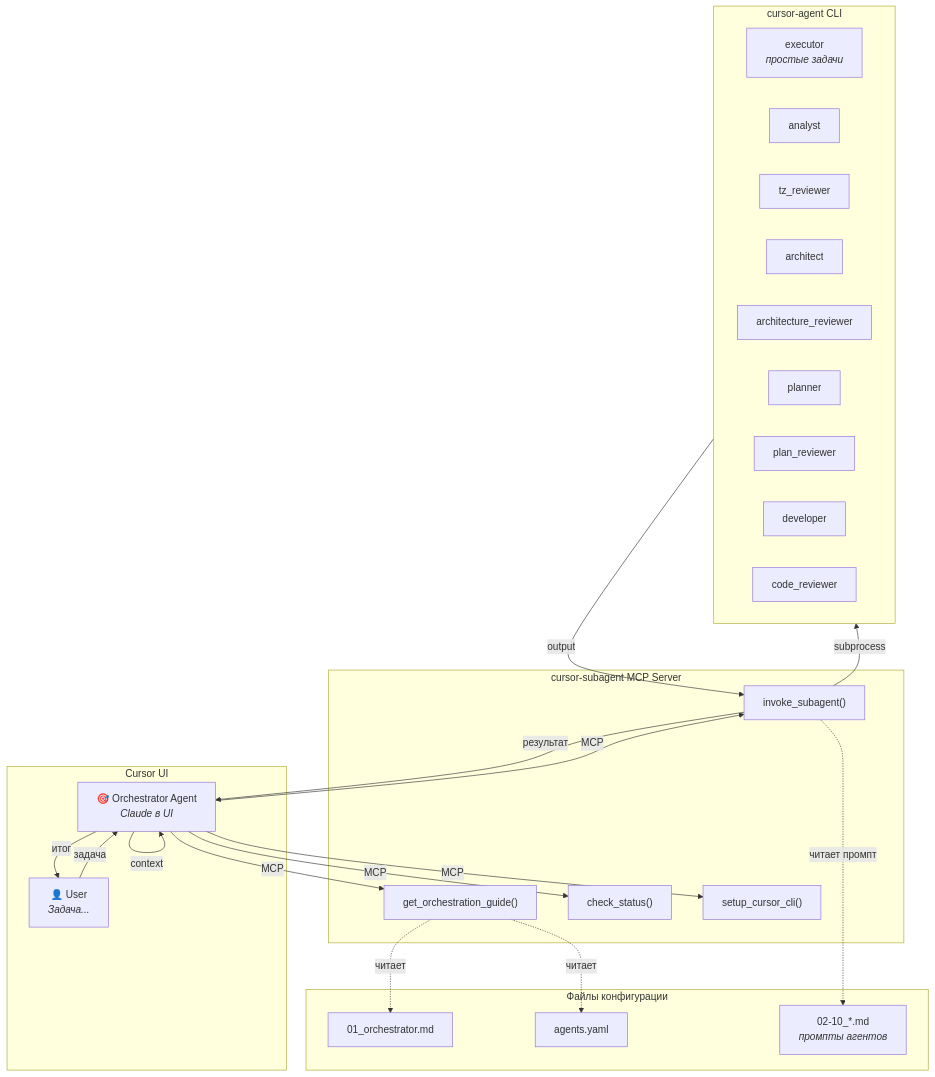
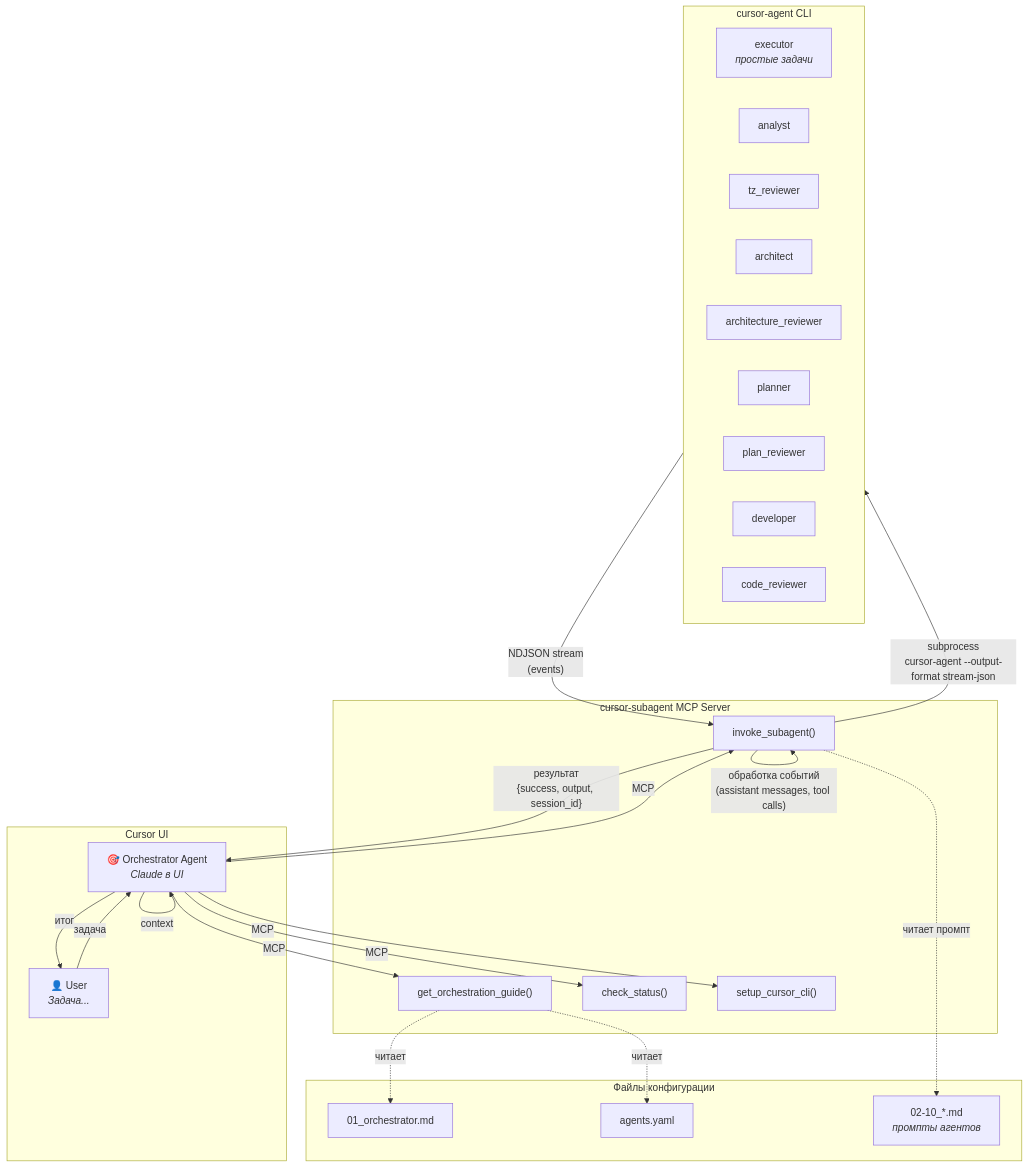
Before and after one commit to madprofessor42/cursor-subagent-mcp: the first of 3 diagrams in README.md, drawn with Mermaid. The commit also changed other lines of this file, not shown here.

````diff
--- a/README.md
+++ b/README.md
@@ -45,50 +45,51 @@
 ```mermaid
 flowchart TB
     subgraph CursorUI ["Cursor UI"]
         User["👤 User<br/><i>Задача...</i>"]
         Orchestrator["🎯 Orchestrator Agent<br/><i>Claude в UI</i>"]
     end
     
     subgraph MCPServer ["cursor-subagent MCP Server"]
         GetGuide["get_orchestration_guide()"]
         InvokeSubagent["invoke_subagent()"]
         CheckStatus["check_status()"]
         SetupCLI["setup_cursor_cli()"]
     end
     
     subgraph Files ["Файлы конфигурации"]
         OrchestratorMD["01_orchestrator.md"]
         AgentsYAML["agents.yaml"]
         PromptFiles["02-10_*.md<br/><i>промпты агентов</i>"]
     end
     
     subgraph CLI ["cursor-agent CLI"]
         Executor["executor<br/><i>простые задачи</i>"]
         Analyst["analyst"]
         TZReviewer["tz_reviewer"]
         Architect["architect"]
         ArchReviewer["architecture_reviewer"]
         Planner["planner"]
         PlanReviewer["plan_reviewer"]
         Developer["developer"]
         CodeReviewer["code_reviewer"]
     end
 
     User -->|"задача"| Orchestrator
     
     Orchestrator -->|"MCP"| GetGuide
     Orchestrator -->|"MCP"| InvokeSubagent
     Orchestrator -->|"MCP"| CheckStatus
     Orchestrator -->|"MCP"| SetupCLI
     
     GetGuide -.->|"читает"| OrchestratorMD
     GetGuide -.->|"читает"| AgentsYAML
     
     InvokeSubagent -.->|"читает промпт"| PromptFiles
-    InvokeSubagent -->|"subprocess"| CLI
+    InvokeSubagent -->|"subprocess<br/>cursor-agent --output-format stream-json"| CLI
     
-    CLI -->|"output"| InvokeSubagent
-    InvokeSubagent -->|"результат"| Orchestrator
+    CLI -->|"NDJSON stream<br/>(events)"| InvokeSubagent
+    InvokeSubagent -->|"обработка событий<br/>(assistant messages, tool calls)"| InvokeSubagent
+    InvokeSubagent -->|"результат<br/>{success, output, session_id}"| Orchestrator
     Orchestrator -->|"context"| Orchestrator
     Orchestrator -->|"итог"| User
 ```
````
